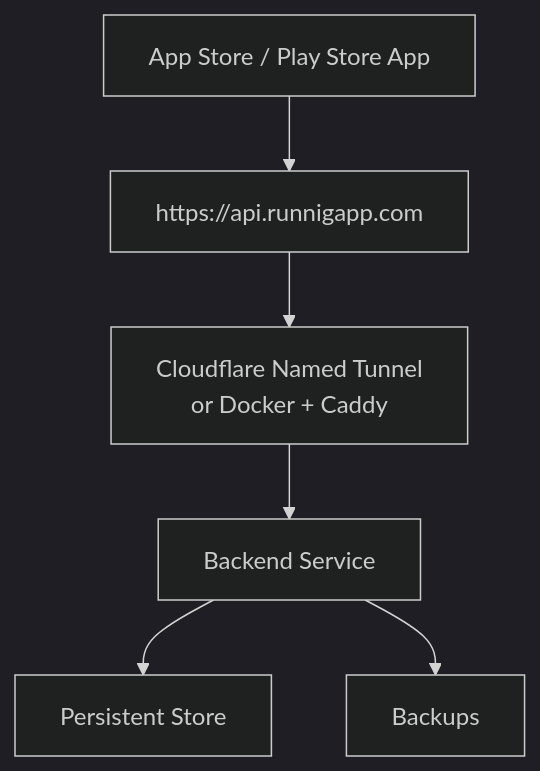
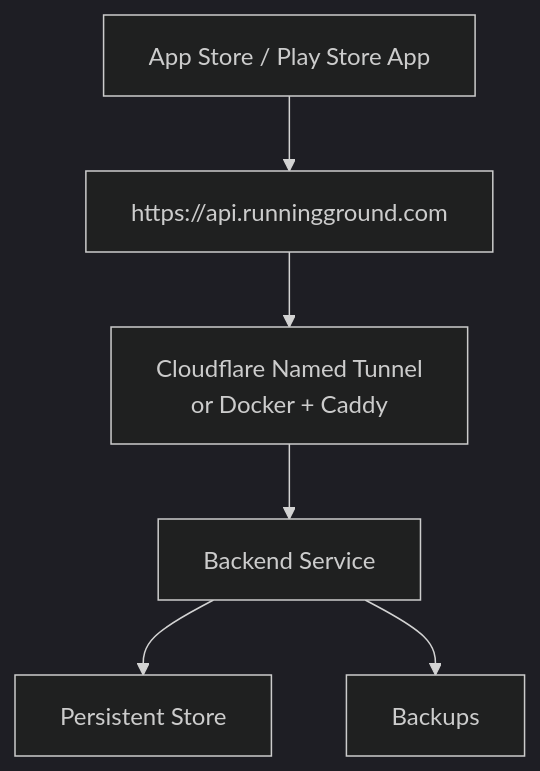
Before and after one commit to Min-heee/running-ground: the seventh of 8 diagrams in docs/server-backend-architecture.md, drawn with Mermaid (dark theme). The commit also changed other lines of this file and 65 other files, not shown here.

````diff
--- a/docs/server-backend-architecture.md
+++ b/docs/server-backend-architecture.md
@@ -270,15 +270,15 @@
 ```mermaid
 flowchart TD
   App["App Store / Play Store App"]
-  Domain["https://api.runnigapp.com"]
+  Domain["https://api.runningground.com"]
   CloudflareNamed["Cloudflare Named Tunnel<br/>or Docker + Caddy"]
   Backend["Backend Service"]
   Store["Persistent Store"]
   Backup["Backups"]
 
   App --> Domain
   Domain --> CloudflareNamed
   CloudflareNamed --> Backend
   Backend --> Store
   Backend --> Backup
 ```
````
